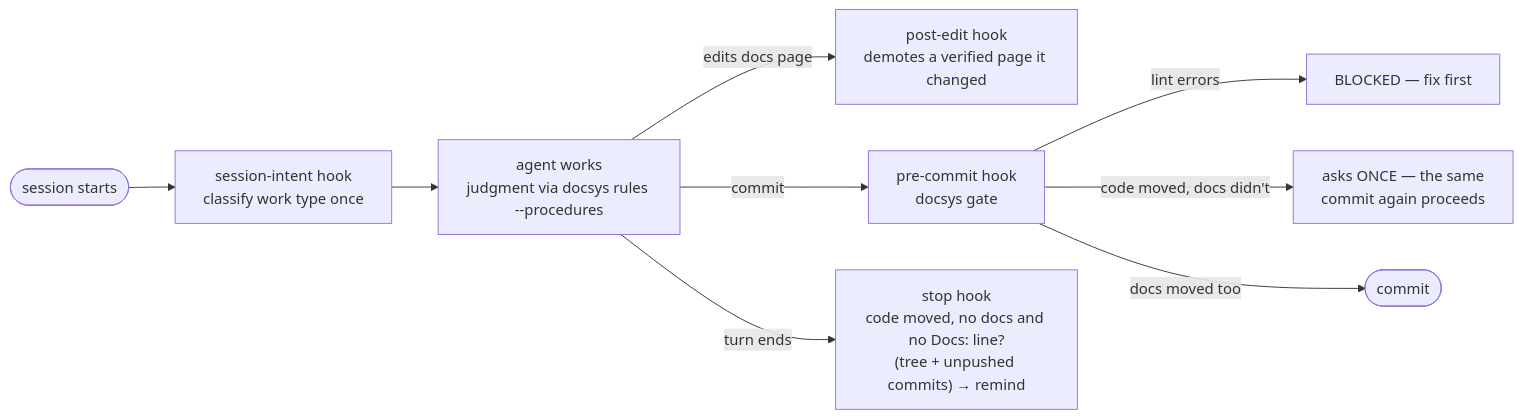
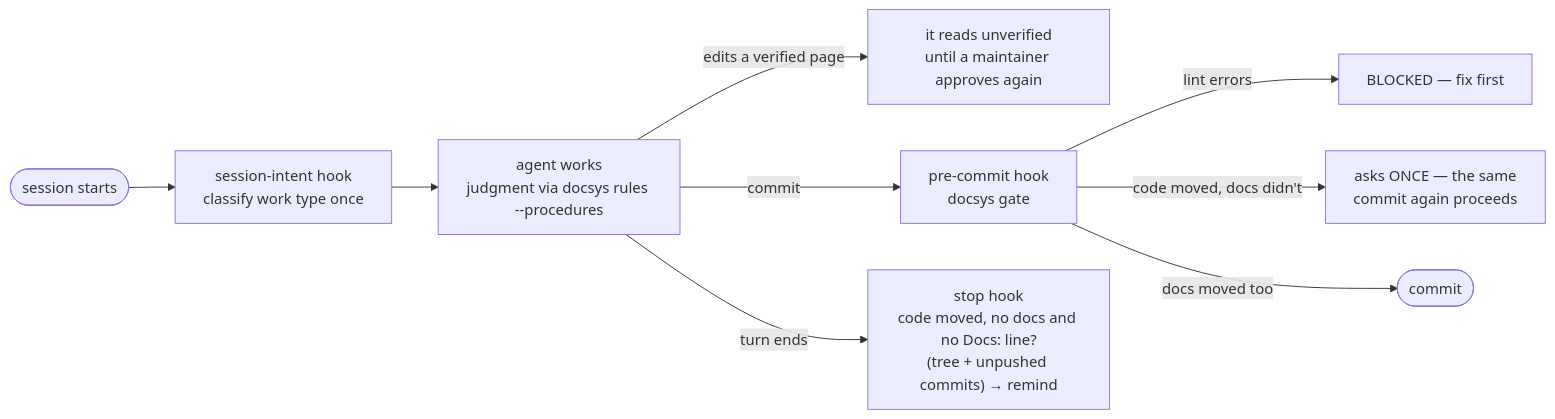
One commit to FatihErtugral/docsys changed the fourth of 7 diagrams in README.md. Above: the diagram before and after it, drawn with Mermaid. The commit also changed other lines of this file and 4 other files, not shown here.

````diff
--- a/README.md
+++ b/README.md
@@ -131,11 +132,11 @@
 ```mermaid
 flowchart LR
     S([session starts]) --> SI["session-intent hook<br/>classify work type once"]
     SI --> WORK["agent works<br/>judgment via docsys rules --procedures"]
-    WORK -- "edits docs page" --> PU["post-edit hook<br/>demotes a verified page it changed"]
+    WORK -- "edits a verified page" --> PU["it reads unverified<br/>until a maintainer approves again"]
     WORK -- "commit" --> PC["pre-commit hook<br/>docsys gate"]
     WORK -- "turn ends" --> ST["stop hook<br/>code moved, no docs and no Docs: line?<br/>(tree + unpushed commits) → remind"]
     PC -- "lint errors" --> BLOCK[BLOCKED — fix first]
     PC -- "code moved, docs didn't" --> ASK["asks ONCE — the same<br/>commit again proceeds"]
     PC -- "docs moved too" --> DONE([commit])
 ```
````
